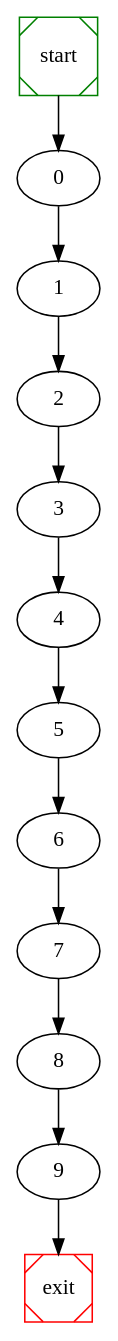
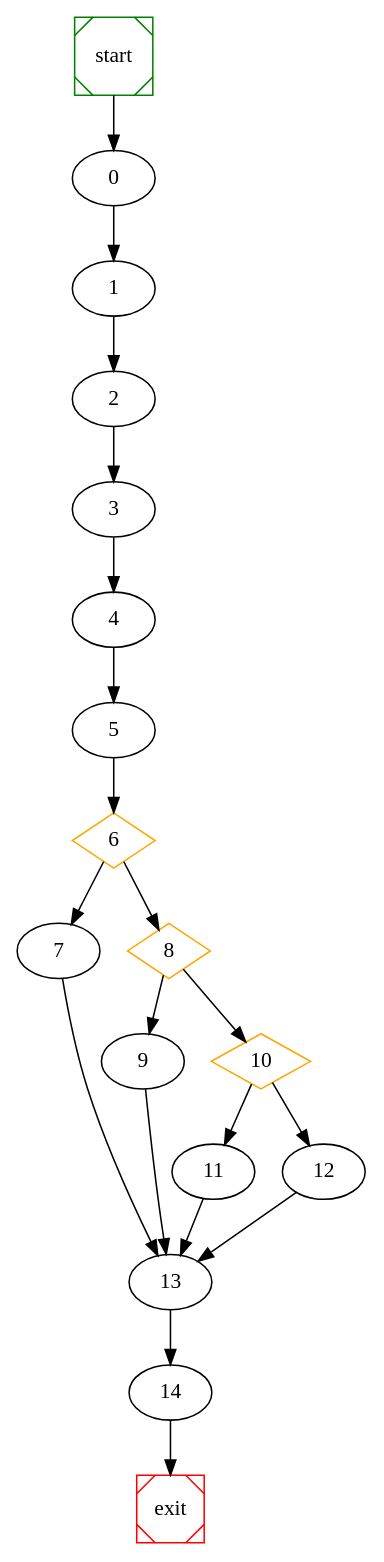
One commit to NabeelQaiser/BTP_2k18-19 changed the diagram in wpc/raw_graph.dot. Above: the diagram before and after it, drawn with Graphviz. The commit also changed 17 other files, not shown here.

```diff
--- a/wpc/raw_graph.dot
+++ b/wpc/raw_graph.dot
@@ -1,18 +1,29 @@
 # dot file created at runtime
 
 digraph G {
 	start -> 0;
 	0 -> 1 ;
 	1 -> 2 ;
 	2 -> 3 ;
 	3 -> 4 ;
 	4 -> 5 ;
+	6 [shape=diamond, color=orange] ;
+	6 -> 7 ;
+	8 [shape=diamond, color=orange] ;
+	6 -> 8 ;
+	8 -> 9 ;
+	10 [shape=diamond, color=orange] ;
+	8 -> 10 ;
+	10 -> 11 ;
+	10 -> 12 ;
 	5 -> 6 ;
-	6 -> 7 ;
-	7 -> 8 ;
-	8 -> 9 ;
-	9 -> exit;
+	12 -> 13 ;
+	9 -> 13 ;
+	11 -> 13 ;
+	7 -> 13 ;
+	13 -> 14 ;
+	14 -> exit;
 
 	start [shape=Msquare, color=green];
 	exit [shape=Msquare, color=red];
 }
```
